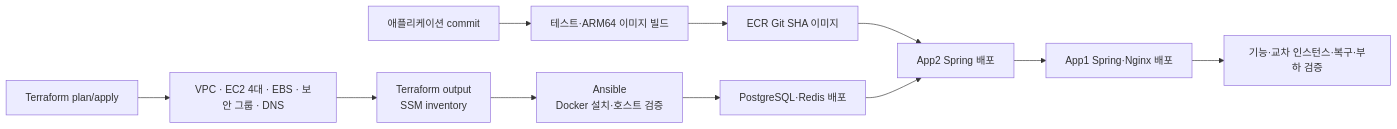
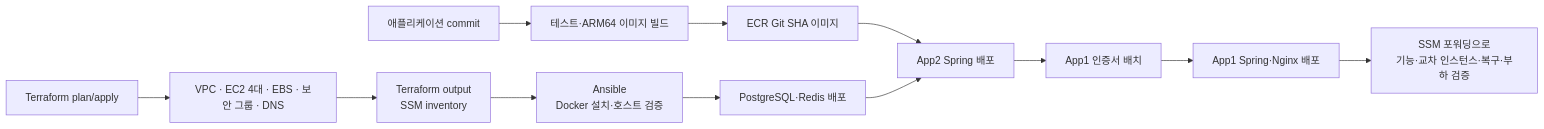
Before and after one commit to bamsongi-club/albam-mate: the second of 2 diagrams in docs/guides/AWS_MULTI_INSTANCE_INFRASTRUCTURE.md, drawn with Mermaid. The commit also changed other lines of this file, not shown here.

````diff
--- a/docs/guides/AWS_MULTI_INSTANCE_INFRASTRUCTURE.md
+++ b/docs/guides/AWS_MULTI_INSTANCE_INFRASTRUCTURE.md
@@ -167,13 +285,14 @@
 ```mermaid
 flowchart LR
     CODE["애플리케이션 commit"] --> CI["테스트·ARM64 이미지 빌드"]
     CI --> ECR["ECR Git SHA 이미지"]
     TF["Terraform plan/apply"] --> INFRA["VPC · EC2 4대 · EBS · 보안 그룹 · DNS"]
     INFRA --> INV["Terraform output<br/>SSM inventory"]
     INV --> ANSIBLE["Ansible<br/>Docker 설치·호스트 검증"]
     ANSIBLE --> DATA["PostgreSQL·Redis 배포"]
     ECR --> APP2["App2 Spring 배포"]
     DATA --> APP2
-    APP2 --> APP1["App1 Spring·Nginx 배포"]
-    APP1 --> VERIFY["기능·교차 인스턴스·복구·부하 검증"]
+    APP2 --> CERT["App1 인증서 배치"]
+    CERT --> APP1["App1 Spring·Nginx 배포"]
+    APP1 --> VERIFY["SSM 포워딩으로<br/>기능·교차 인스턴스·복구·부하 검증"]
 ```
````
